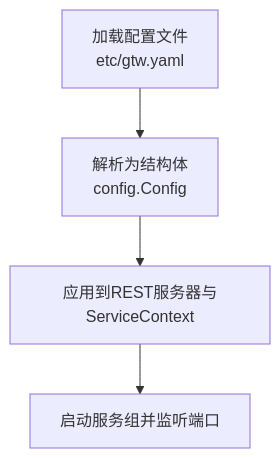
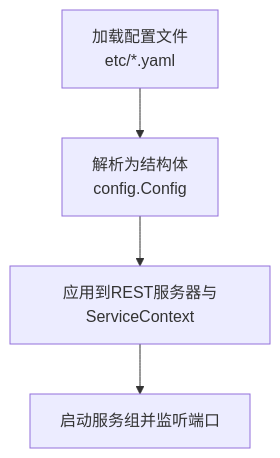
Before and after one commit to maomao94/zero-service: the sixth of 9 diagrams in .qoder/repowiki/zh/content/网关与接口/BFF网关/网关架构设计.md, drawn with Mermaid. The commit also changed other lines of this file and 7 other files, not shown here.

````diff
--- a/.qoder/repowiki/zh/content/网关与接口/BFF网关/网关架构设计.md
+++ b/.qoder/repowiki/zh/content/网关与接口/BFF网关/网关架构设计.md
@@ -192,6 +241,6 @@
 ```mermaid
 flowchart TD
-Load["加载配置文件<br/>etc/gtw.yaml"] --> Parse["解析为结构体<br/>config.Config"]
+Load["加载配置文件<br/>etc/*.yaml"] --> Parse["解析为结构体<br/>config.Config"]
 Parse --> Apply["应用到REST服务器与ServiceContext"]
 Apply --> Run["启动服务组并监听端口"]
 ```
````
